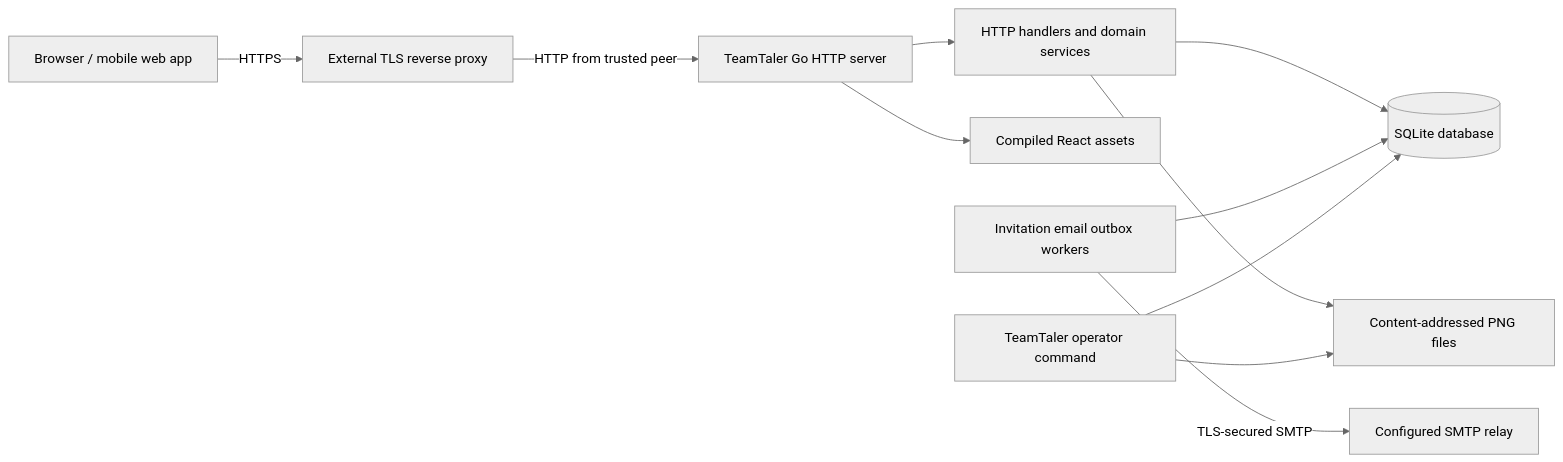
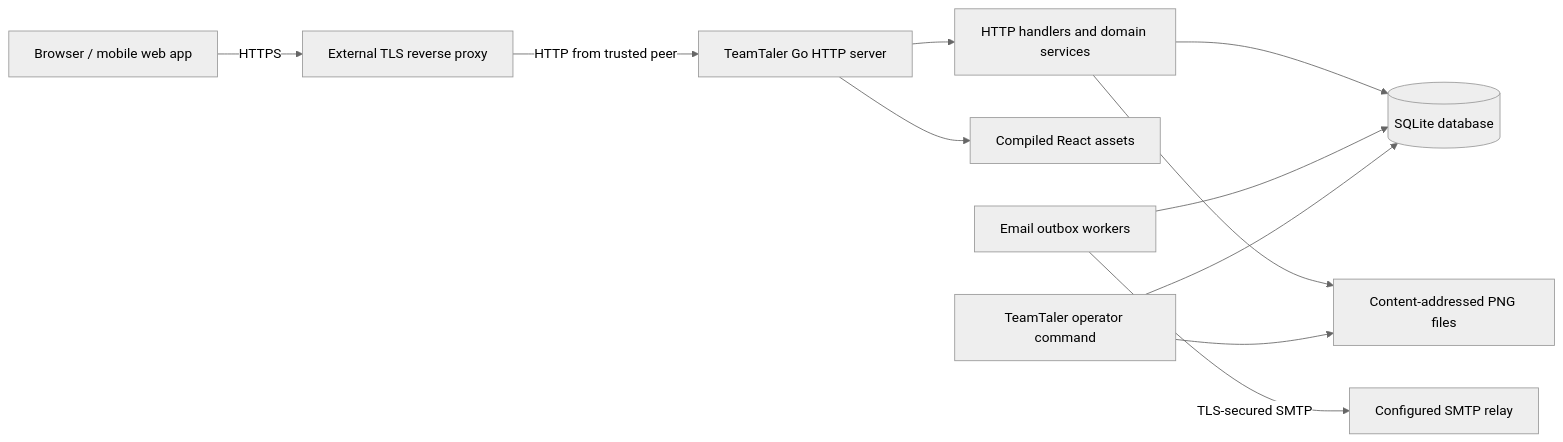
One commit to DasLukas/TeamTaler changed the first of 2 diagrams in ARCHITECTURE.md. Above: the diagram before and after it, drawn with Mermaid (neutral theme). The commit also changed other lines of this file and 112 other files, not shown here.

````diff
--- a/ARCHITECTURE.md
+++ b/ARCHITECTURE.md
@@ -9,13 +9,13 @@
 ```mermaid
 flowchart LR
     Browser["Browser / mobile web app"] -->|HTTPS| Proxy["External TLS reverse proxy"]
     Proxy -->|HTTP from trusted peer| HTTP["TeamTaler Go HTTP server"]
     HTTP --> API["HTTP handlers and domain services"]
     HTTP --> SPA["Compiled React assets"]
     API --> DB[("SQLite database")]
     API --> Images["Content-addressed PNG files"]
-    Worker["Invitation email outbox workers"] --> DB
+    Worker["Email outbox workers"] --> DB
     Worker -->|"TLS-secured SMTP"| SMTP["Configured SMTP relay"]
     CLI["TeamTaler operator command"] --> DB
     CLI --> Images
 ```
````
